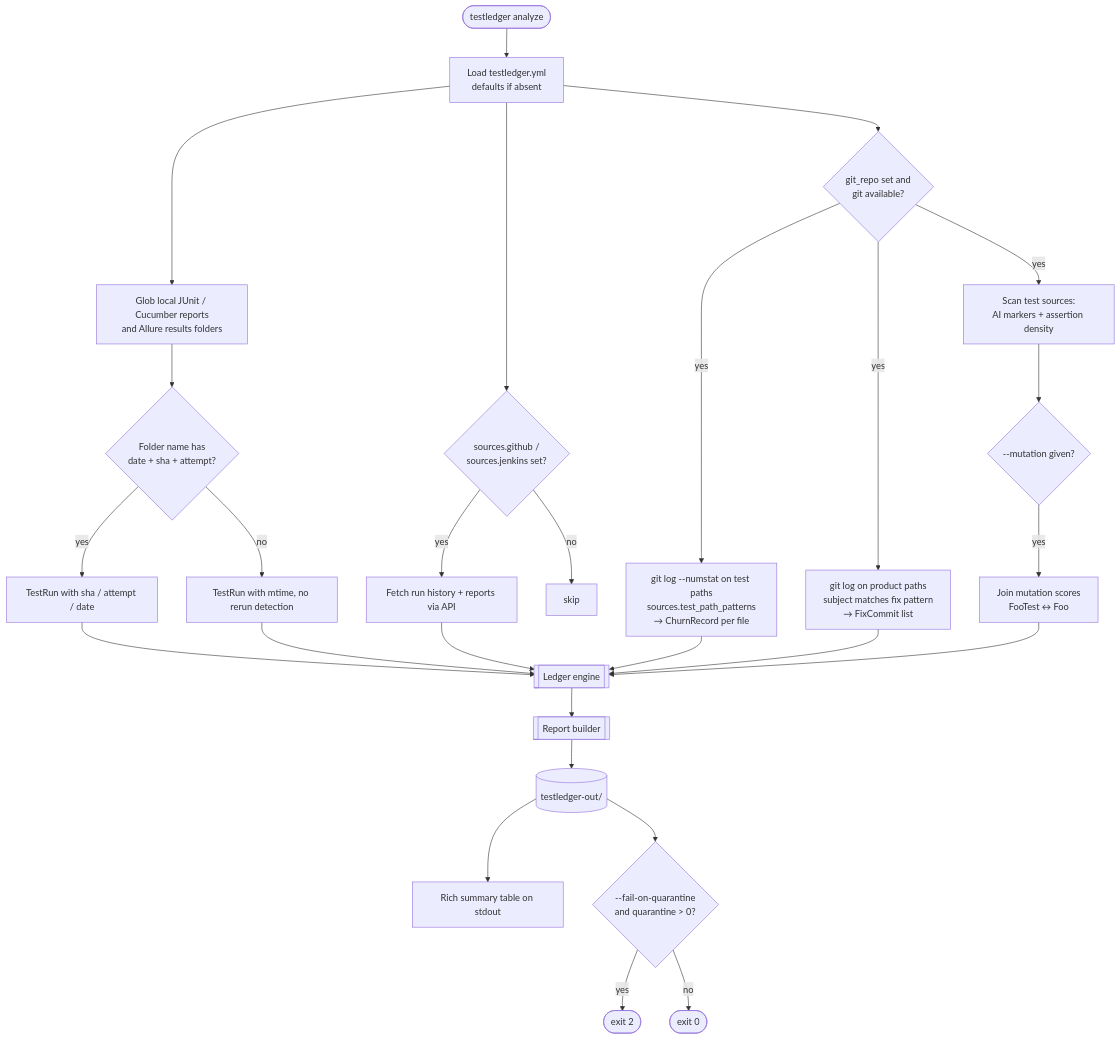
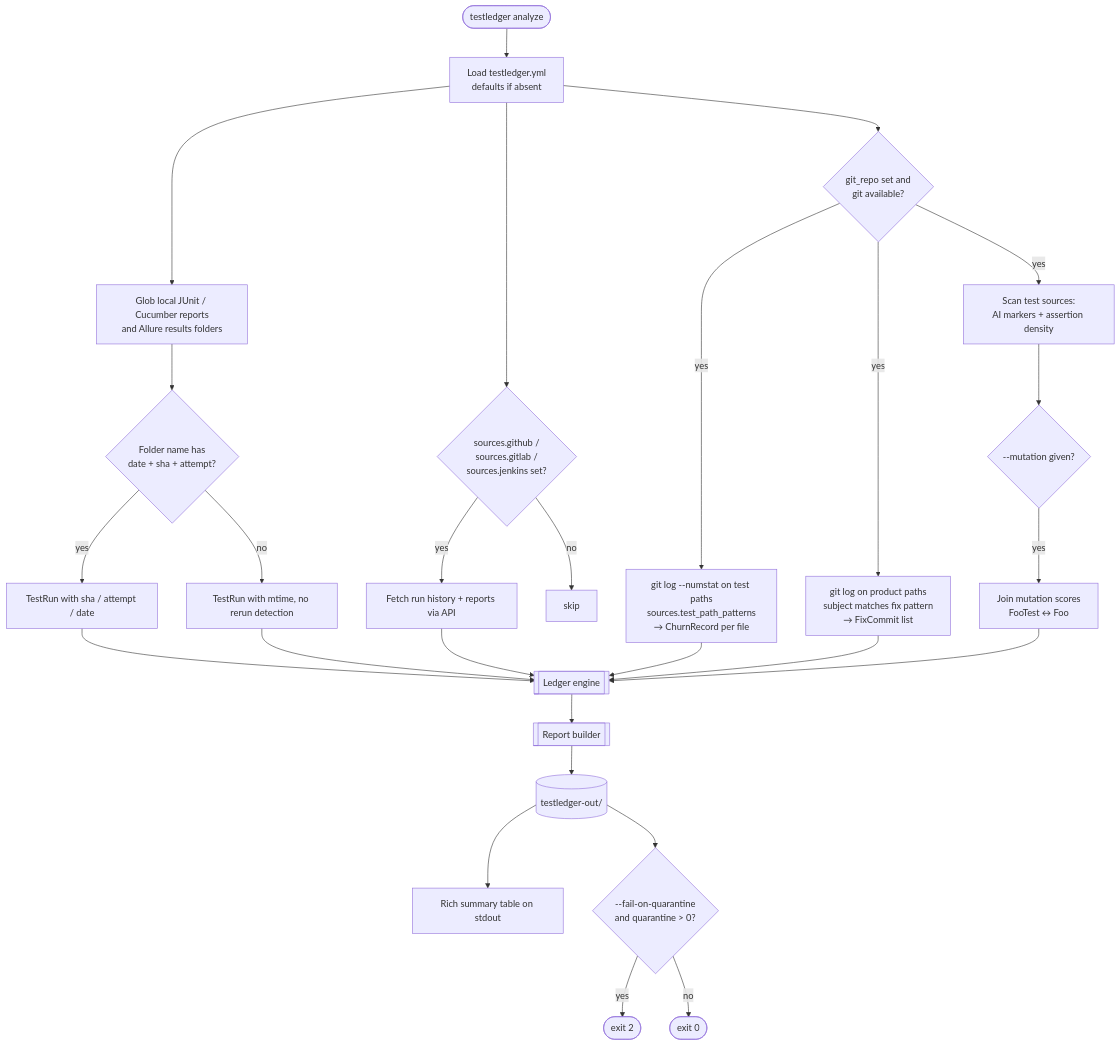
The third of 9 diagrams in docs/design.md (Contributerr27/testledger), drawn with Mermaid before and after one commit. The commit also changed other lines of this file and 6 other files, not shown here.

````diff
--- a/docs/design.md
+++ b/docs/design.md
@@ -165,25 +167,25 @@
 ```mermaid
 flowchart TD
   S([testledger analyze]) --> CFG[Load testledger.yml<br/>defaults if absent]
   CFG --> LOC[Glob local JUnit / Cucumber reports<br/>and Allure results folders]
   LOC --> META{Folder name has<br/>date + sha + attempt?}
   META -- yes --> RUN1[TestRun with sha / attempt / date]
   META -- no --> RUN2[TestRun with mtime, no rerun detection]
-  CFG --> CI{sources.github /<br/>sources.jenkins set?}
+  CFG --> CI{sources.github /<br/>sources.gitlab /<br/>sources.jenkins set?}
   CI -- yes --> API[Fetch run history + reports via API]
   CI -- no --> SKIP1[skip]
   CFG --> GITQ{git_repo set and<br/>git available?}
   GITQ -- yes --> CHURN[git log --numstat on test paths<br/>sources.test_path_patterns<br/>→ ChurnRecord per file]
   GITQ -- yes --> FIX[git log on product paths<br/>subject matches fix pattern<br/>→ FixCommit list]
   GITQ -- yes --> SCAN[Scan test sources:<br/>AI markers + assertion density]
   SCAN --> MUTJ{--mutation given?}
   MUTJ -- yes --> JOIN[Join mutation scores<br/>FooTest ↔ Foo]
   RUN1 & RUN2 & API --> ENG[[Ledger engine]]
   CHURN & FIX & JOIN --> ENG
   ENG --> REP[[Report builder]]
   REP --> OUT[(testledger-out/)]
   OUT --> SUMM[Rich summary table on stdout]
   OUT --> EXIT{--fail-on-quarantine<br/>and quarantine > 0?}
   EXIT -- yes --> E2([exit 2])
   EXIT -- no --> E0([exit 0])
 ```
````
